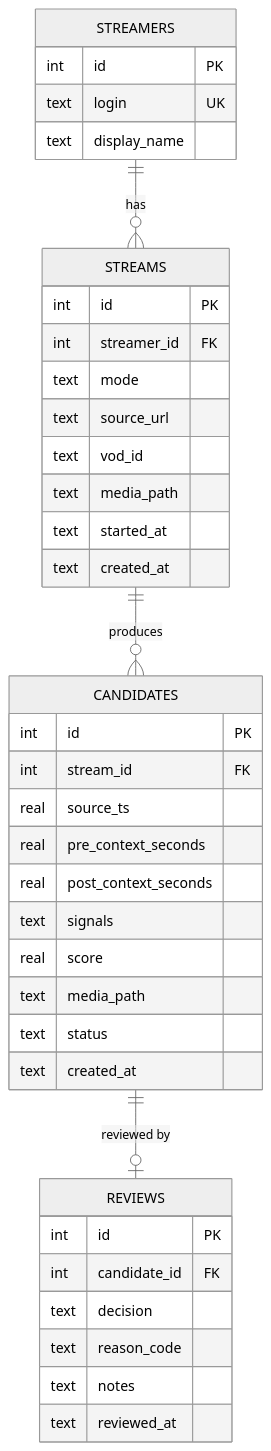
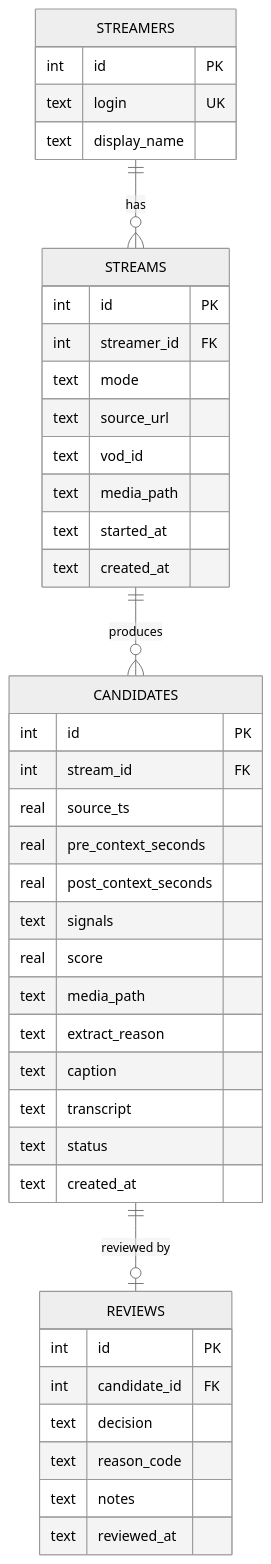
One commit to vuongj321/clippy changed the third of 4 diagrams in docs/architecture.md. Above: the diagram before and after it, drawn with Mermaid (neutral theme). The commit also changed other lines of this file and 1 other file, not shown here.

First line of the commit message:
docs: align docs with caption pipeline

````diff
--- a/docs/architecture.md
+++ b/docs/architecture.md
@@ -292,42 +344,45 @@
 ```mermaid
 erDiagram
   STREAMERS ||--o{ STREAMS : has
   STREAMS ||--o{ CANDIDATES : produces
   CANDIDATES ||--o| REVIEWS : "reviewed by"
 
   STREAMERS {
     int id PK
     text login UK
     text display_name
   }
   STREAMS {
     int id PK
     int streamer_id FK
     text mode
     text source_url
     text vod_id
     text media_path
     text started_at
     text created_at
   }
   CANDIDATES {
     int id PK
     int stream_id FK
     real source_ts
     real pre_context_seconds
     real post_context_seconds
     text signals
     real score
     text media_path
+    text extract_reason
+    text caption
+    text transcript
     text status
     text created_at
   }
   REVIEWS {
     int id PK
     int candidate_id FK
     text decision
     text reason_code
     text notes
     text reviewed_at
   }
 ```
````
